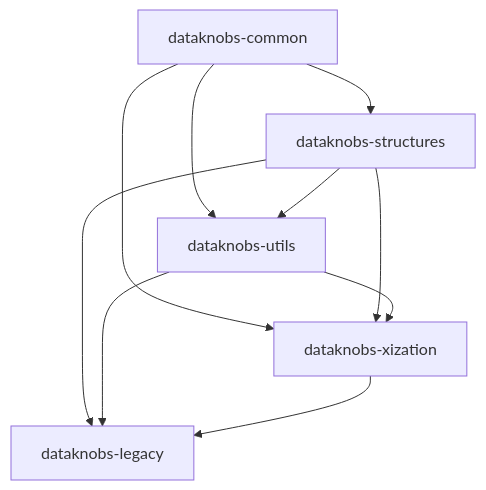
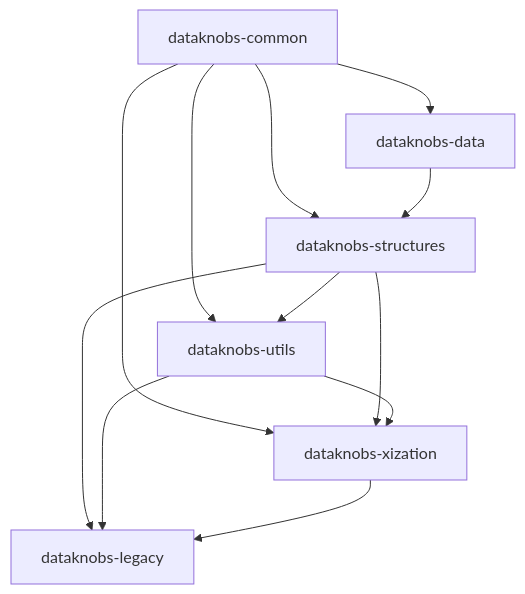
One commit to KBS-Labs/dataknobs changed the diagram in docs/packages/index.md. Above: the diagram before and after it, drawn with Mermaid. The commit also changed other lines of this file and 13 other files, not shown here.

````diff
--- a/docs/packages/index.md
+++ b/docs/packages/index.md
@@ -31,12 +33,14 @@
 ```mermaid
 graph TD
-    A[dataknobs-common] --> B[dataknobs-structures]
-    A --> C[dataknobs-utils]
+    A[dataknobs-common] --> B[dataknobs-data]
+    A --> C[dataknobs-structures]
+    A --> D[dataknobs-utils]
     B --> C
-    A --> D[dataknobs-xization]
-    B --> D
     C --> D
-    B --> E[dataknobs-legacy]
+    A --> E[dataknobs-xization]
     C --> E
     D --> E
+    C --> F[dataknobs-legacy]
+    D --> F
+    E --> F
 ```
````
